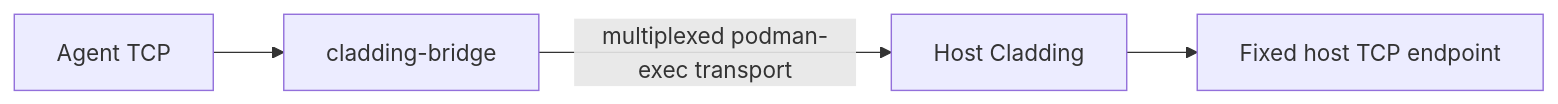
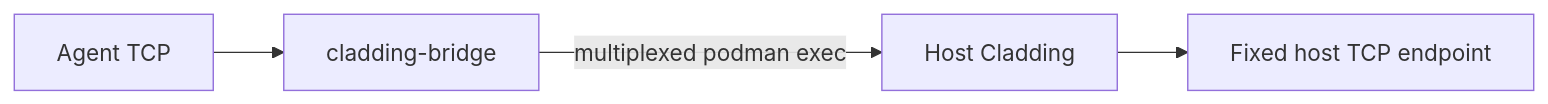
The ninth of 9 diagrams in docs/features/cladding-bridge/proposal.md (dstoc/cladding), drawn with Mermaid before and after one commit. The commit also changed other lines of this file and 3 other files, not shown here.

First line of the commit message:
docs: align bridge and inject architecture (#111)

````diff
--- a/docs/features/cladding-bridge/proposal.md
+++ b/docs/features/cladding-bridge/proposal.md
@@ -481,6 +413,6 @@
 ```mermaid
 flowchart LR
     Agent["Agent TCP"] --> Bridge["cladding-bridge"]
-    Bridge -->|"multiplexed podman-exec transport"| Host["Host Cladding"]
+    Bridge -->|"multiplexed podman exec"| Host["Host Cladding"]
     Host --> Target["Fixed host TCP endpoint"]
 ```
````
